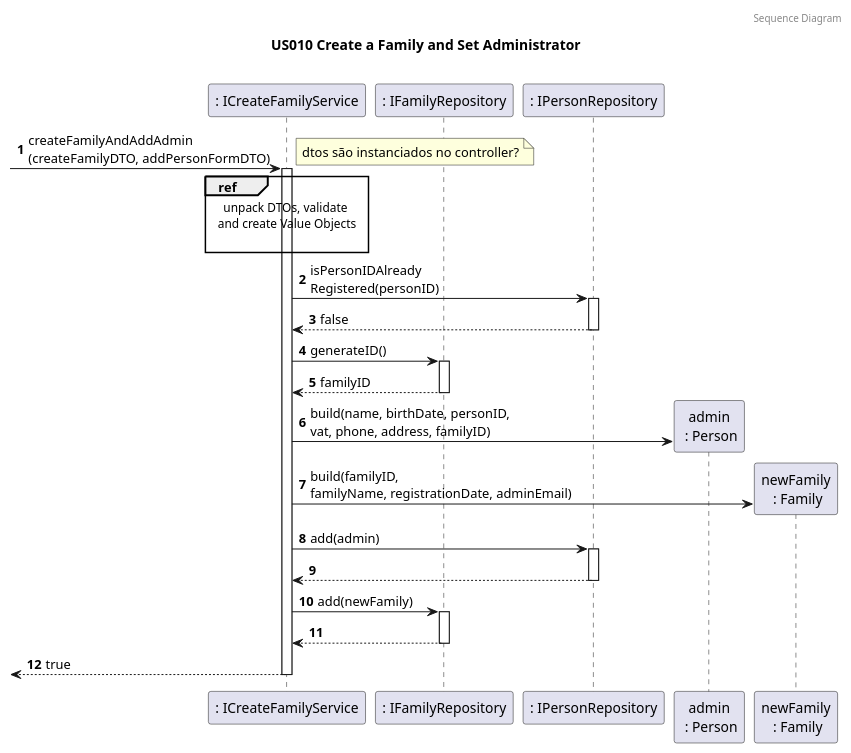
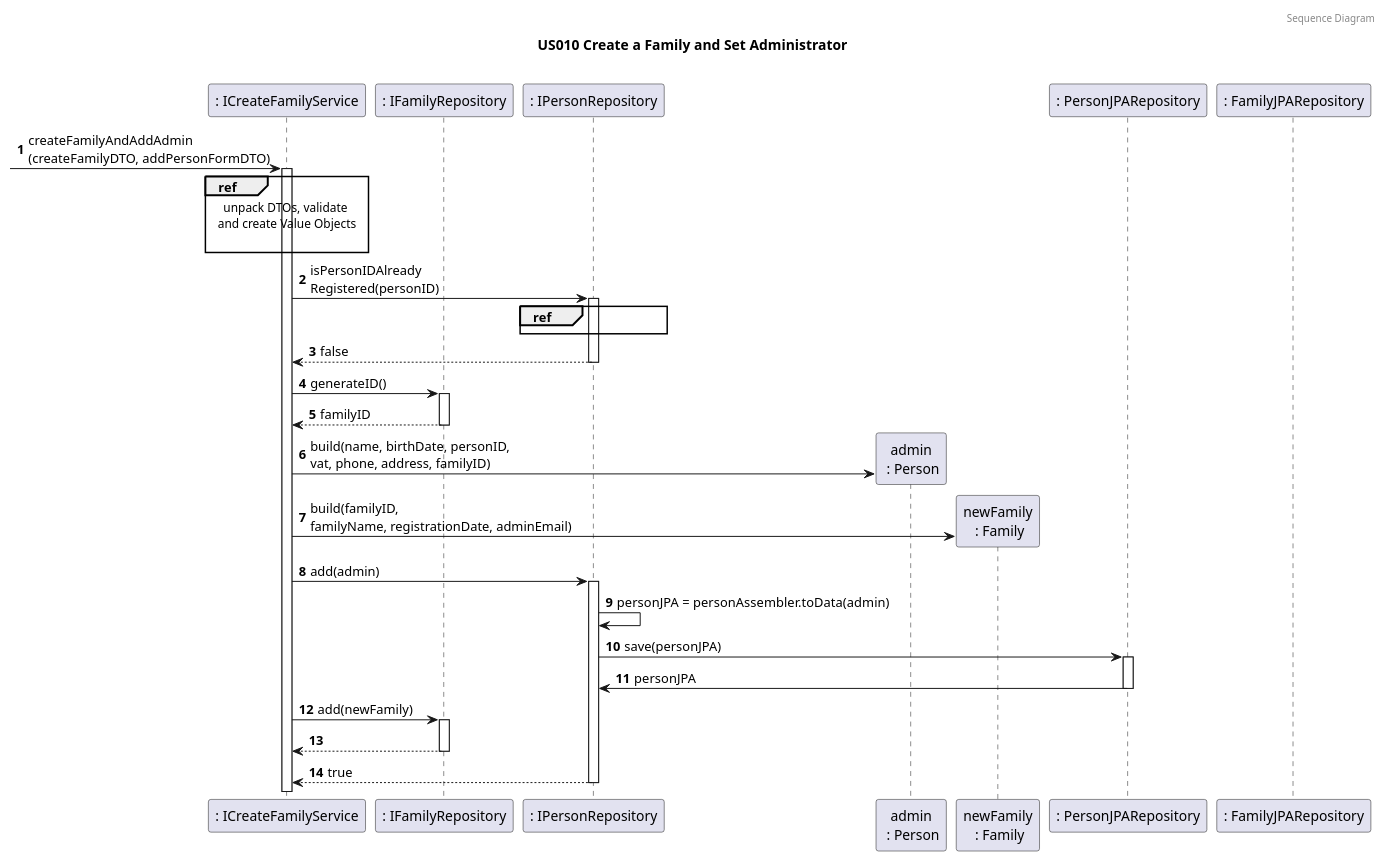
One commit to tomas-osswald/switch_2020_g3 changed the third of 5 diagrams in docs/sprint4/user_stories/US010_CreateAFamilyAndSetAdministrator.md. Above: the diagram before and after it, drawn with PlantUML. The commit also changed 3 other files, not shown here.

`````diff
--- a/docs/sprint4/user_stories/US010_CreateAFamilyAndSetAdministrator.md
+++ b/docs/sprint4/user_stories/US010_CreateAFamilyAndSetAdministrator.md
@@ -120,51 +120,55 @@
 ````puml
 @startuml
 
 autonumber
 header Sequence Diagram
 title US010 Create a Family and Set Administrator
 
 
 participant ": ICreateFamilyService" as FamAdminService
 participant ": IFamilyRepository" as familyRepository
 participant ": IPersonRepository" as personRepository
 participant "admin\n : Person" as admin
 participant "newFamily\n : Family" as newFamily
-
-
-
+participant ": PersonJPARepository" as personJAPRepository
+participant ": FamilyJPARepository" as familyAPRepository
 
 note left: especificar nome da instância no participant?
 
  -> FamAdminService : createFamilyAndAddAdmin\n(createFamilyDTO, addPersonFormDTO)
 activate FamAdminService
-
-note right: dtos são instanciados no controller?
 
 ref over FamAdminService
 unpack DTOs, validate 
 and create Value Objects
 
 end ref
 
 FamAdminService -> personRepository: isPersonIDAlready\nRegistered(personID)
+ref over personRepository
+
+end ref
 activate personRepository
 return false
 FamAdminService -> familyRepository : generateID()
 activate familyRepository
 return familyID
 FamAdminService -> admin** : build(name, birthDate, personID, \nvat, phone, address, familyID)
 
 FamAdminService -> newFamily**: build(familyID, \nfamilyName, registrationDate, adminEmail)
 
 FamAdminService -> personRepository: add(admin)
 activate personRepository
-return 
+personRepository -> personRepository: personJPA = personAssembler.toData(admin)
+personRepository -> personJAPRepository: save(personJPA)
+activate personJAPRepository
+personJAPRepository -> personRepository: personJPA
+deactivate personJAPRepository
 FamAdminService -> familyRepository: add(newFamily)
 activate familyRepository
 return 
 return true
  
 
 @enduml
 ````
`````
